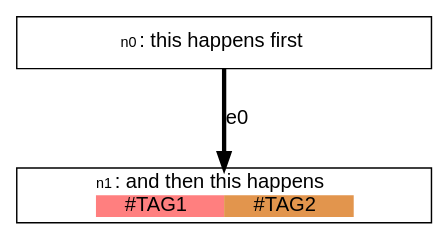
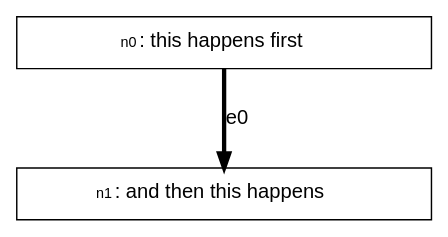
The diagram in examples/readme_example_1.dot (stevecooperorg/microdot), drawn with Graphviz before and after one commit. The commit also changed 16 other files, not shown here.

```diff
--- a/examples/readme_example_1.dot
+++ b/examples/readme_example_1.dot
@@ -1,32 +1,24 @@
 digraph {
 
     graph [fontname = "helvetica" rankdir="TB" ranksep=0.75 nodesep=0.5];
     node [fontname = "helvetica" shape = "box" width=4 style=filled];
     edge [fontname = "helvetica" penwidth=3 color="#000000"];
 
     n0 [label=< <TABLE BORDER="0" CELLPADDING="0" CELLSPACING="0">
     <TR>
         <TD COLSPAN="1"><FONT POINT-SIZE="10">n0</FONT>: this happens first</TD>
     </TR>
     
    </TABLE>
 > fillcolor="#FFFFFF"]
     n1 [label=< <TABLE BORDER="0" CELLPADDING="0" CELLSPACING="0">
     <TR>
-        <TD COLSPAN="2"><FONT POINT-SIZE="10">n1</FONT>: and then this happens</TD>
-    </TR>
-    
-    <TR>
-        
-            <TD BGCOLOR="#FF7F7F"><FONT COLOR="#000000">#TAG1</FONT></TD>
-        
-            <TD BGCOLOR="#E2954D"><FONT COLOR="#000000">#TAG2</FONT></TD>
-        
+        <TD COLSPAN="1"><FONT POINT-SIZE="10">n1</FONT>: and then this happens</TD>
     </TR>
     
    </TABLE>
 > fillcolor="#FFFFFF"]
 
     "n0" -> "n1" [label="e0"];
 
 }
```
